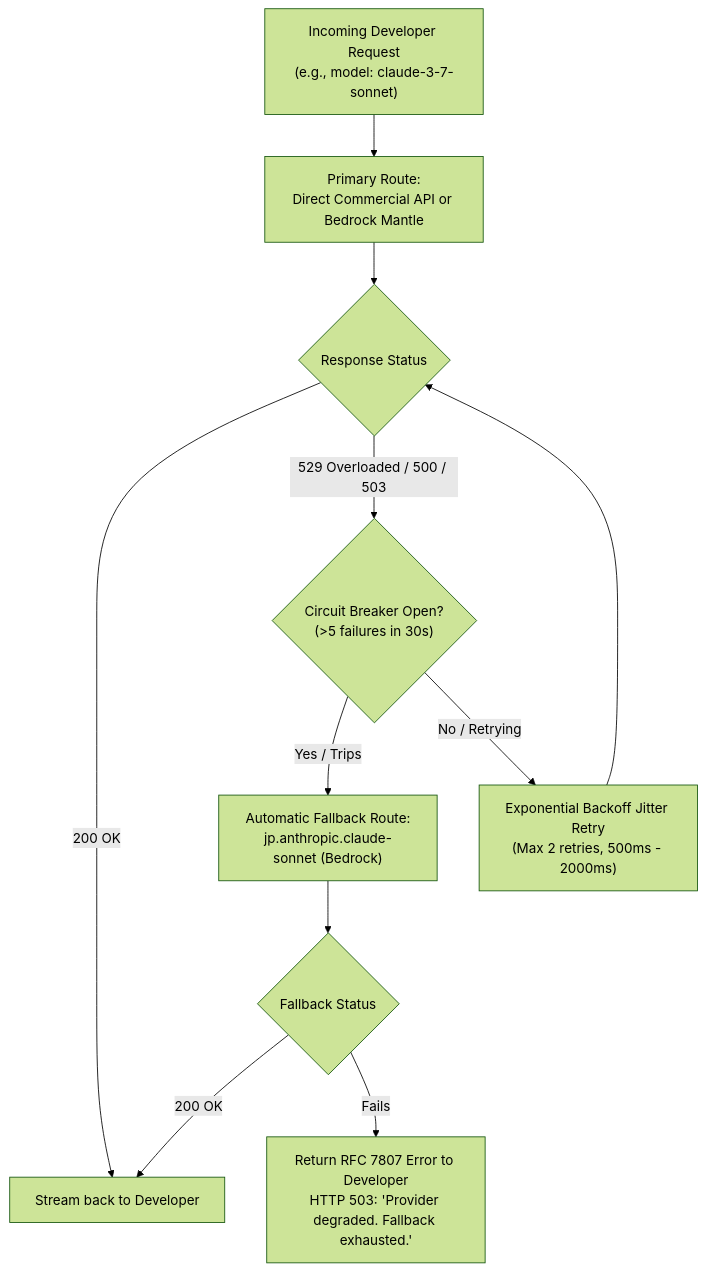
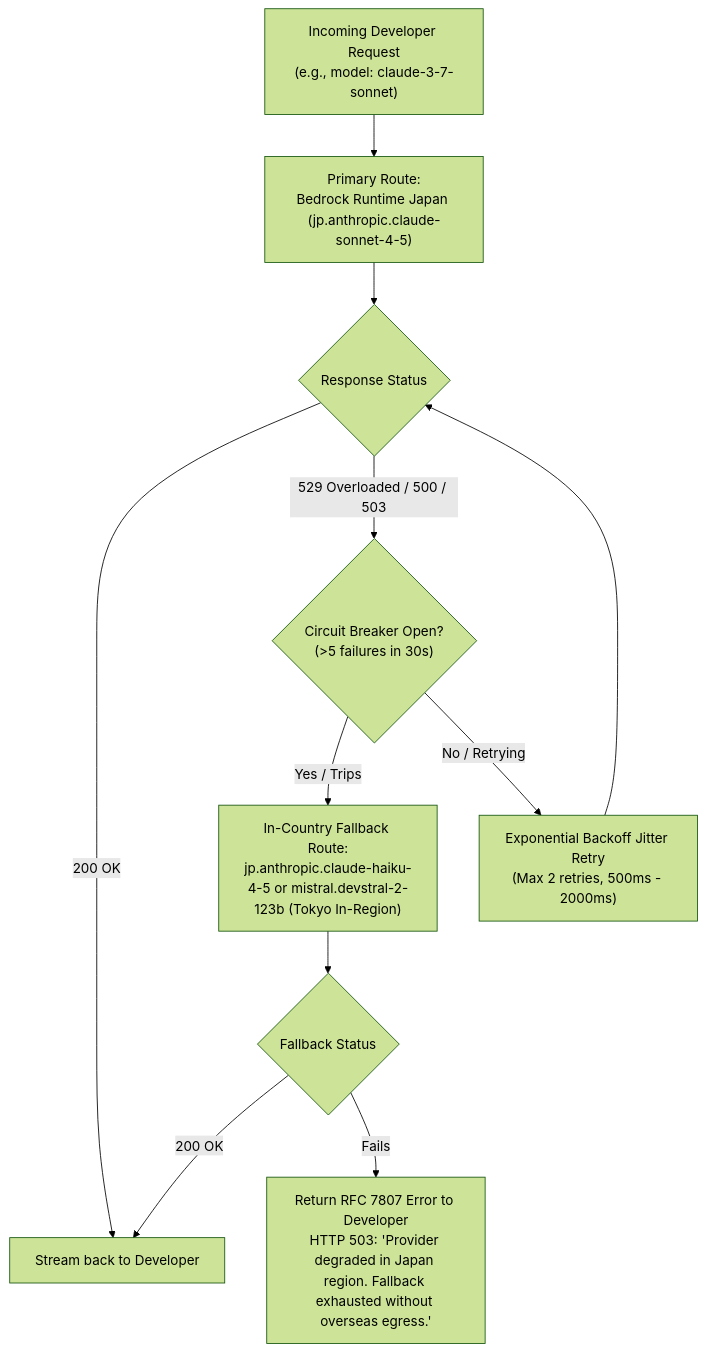
Before and after one commit to minddrop/llm-gateway: the second of 5 diagrams in REQUIREMENTS.md, drawn with Mermaid (forest theme). The commit also changed other lines of this file and 1 other file, not shown here.

````diff
--- a/REQUIREMENTS.md
+++ b/REQUIREMENTS.md
@@ -115,13 +113,13 @@
 ```mermaid
 flowchart TD
-    Req["Incoming Developer Request<br/>(e.g., model: claude-3-7-sonnet)"] --> Primary["Primary Route:<br/>Direct Commercial API or Bedrock Mantle"]
+    Req["Incoming Developer Request<br/>(e.g., model: claude-3-7-sonnet)"] --> Primary["Primary Route:<br/>Bedrock Runtime Japan (jp.anthropic.claude-sonnet-4-5)"]
     Primary --> Res{"Response Status"}
     Res -- "200 OK" --> Success["Stream back to Developer"]
     Res -- "529 Overloaded / 500 / 503" --> Circuit{"Circuit Breaker Open?<br/>(>5 failures in 30s)"}
-    Circuit -- "Yes / Trips" --> Fallback["Automatic Fallback Route:<br/>jp.anthropic.claude-sonnet (Bedrock)"]
+    Circuit -- "Yes / Trips" --> Fallback["In-Country Fallback Route:<br/>jp.anthropic.claude-haiku-4-5 or mistral.devstral-2-123b (Tokyo In-Region)"]
     Circuit -- "No / Retrying" --> Retry["Exponential Backoff Jitter Retry<br/>(Max 2 retries, 500ms - 2000ms)"]
     Retry --> Res
     Fallback --> FallbackRes{"Fallback Status"}
     FallbackRes -- "200 OK" --> Success
-    FallbackRes -- "Fails" --> FriendlyErr["Return RFC 7807 Error to Developer<br/>HTTP 503: 'Provider degraded. Fallback exhausted.'"]
+    FallbackRes -- "Fails" --> FriendlyErr["Return RFC 7807 Error to Developer<br/>HTTP 503: 'Provider degraded in Japan region. Fallback exhausted without overseas egress.'"]
 ```
````
